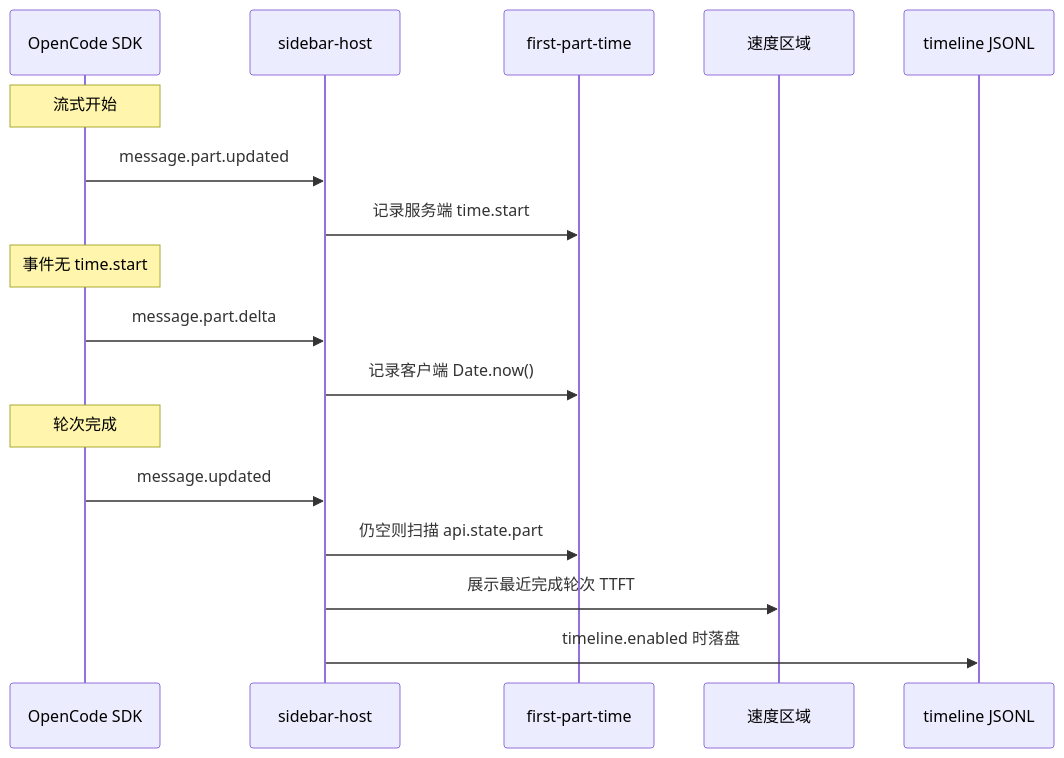
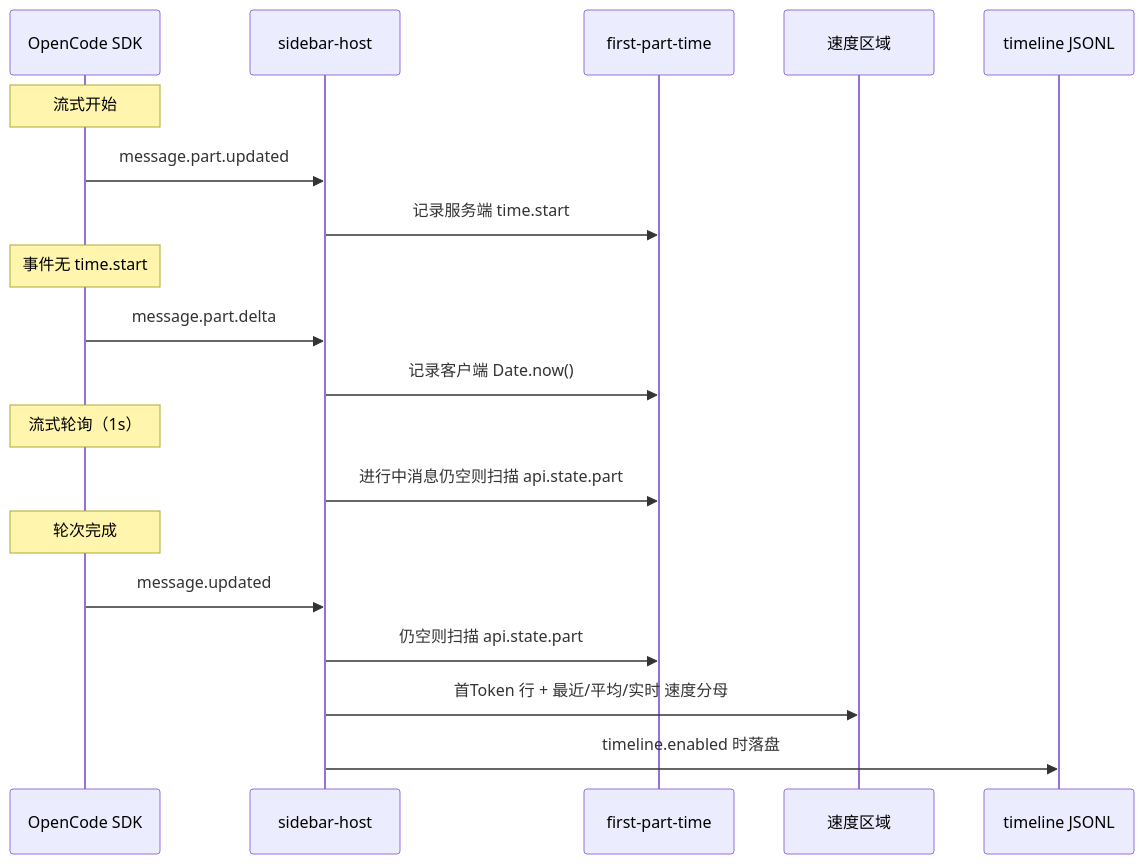
The diagram in docs/zh-CN/ttft-hybrid.md (joaomj/opencode-cache-hit-plugin), drawn with Mermaid before and after one commit. The commit also changed other lines of this file and 12 other files, not shown here.

````diff
--- a/docs/zh-CN/ttft-hybrid.md
+++ b/docs/zh-CN/ttft-hybrid.md
@@ -60,22 +60,25 @@
 ```mermaid
 sequenceDiagram
     participant SDK as OpenCode SDK
     participant Host as sidebar-host
     participant Tracker as first-part-time
     participant UI as 速度区域
     participant Timeline as timeline JSONL
 
     Note over SDK: 流式开始
     SDK->>Host: message.part.updated
     Host->>Tracker: 记录服务端 time.start
 
     Note over SDK: 事件无 time.start
     SDK->>Host: message.part.delta
     Host->>Tracker: 记录客户端 Date.now()
 
+    Note over SDK: 流式轮询（1s）
+    Host->>Tracker: 进行中消息仍空则扫描 api.state.part
+
     Note over SDK: 轮次完成
     SDK->>Host: message.updated
     Host->>Tracker: 仍空则扫描 api.state.part
-    Host->>UI: 展示最近完成轮次 TTFT
+    Host->>UI: 首Token 行 + 最近/平均/实时 速度分母
     Host->>Timeline: timeline.enabled 时落盘
 ```
````
